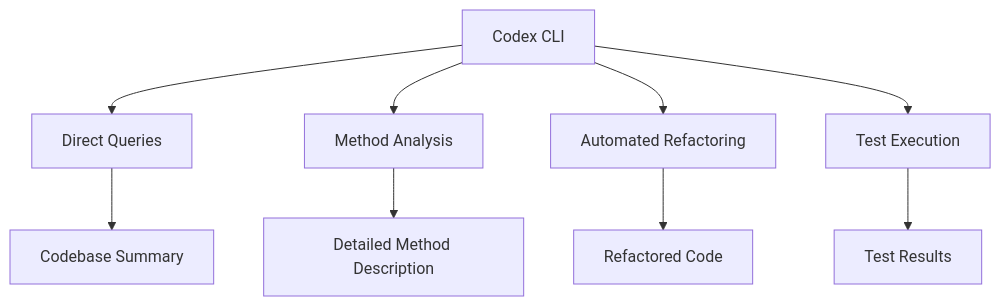
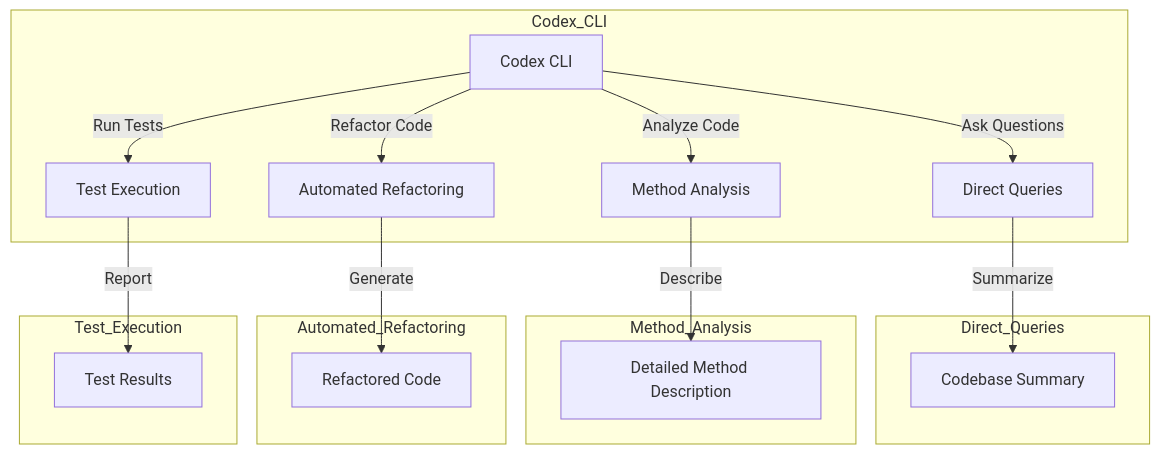
Before and after one commit to enogrob/enogrob.github.io: the diagram in _posts/2025-05-14-codex-cli-ruby.md, drawn with Mermaid.

Commit message:
update-codex-cli

````diff
--- a/_posts/2025-05-14-codex-cli-ruby.md
+++ b/_posts/2025-05-14-codex-cli-ruby.md
@@ -87,11 +87,31 @@
 ```mermaid!
 graph TD
-    A[Codex CLI] --> B[Direct Queries]
-    A --> C[Method Analysis]
-    A --> D[Automated Refactoring]
-    A --> E[Test Execution]
-    B --> F[Codebase Summary]
-    C --> G[Detailed Method Description]
-    D --> H[Refactored Code]
-    E --> I[Test Results]
+    subgraph Codex_CLI
+        A[Codex CLI]
+        B[Direct Queries]
+        C[Method Analysis]
+        D[Automated Refactoring]
+        E[Test Execution]
+    end
+
+    A -->|Ask Questions| B
+    A -->|Analyze Code| C
+    A -->|Refactor Code| D
+    A -->|Run Tests| E
+
+    subgraph Direct_Queries
+        B -->|Summarize| F[Codebase Summary]
+    end
+
+    subgraph Method_Analysis
+        C -->|Describe| G[Detailed Method Description]
+    end
+
+    subgraph Automated_Refactoring
+        D -->|Generate| H[Refactored Code]
+    end
+
+    subgraph Test_Execution
+        E -->|Report| I[Test Results]
+    end
 ```
````
